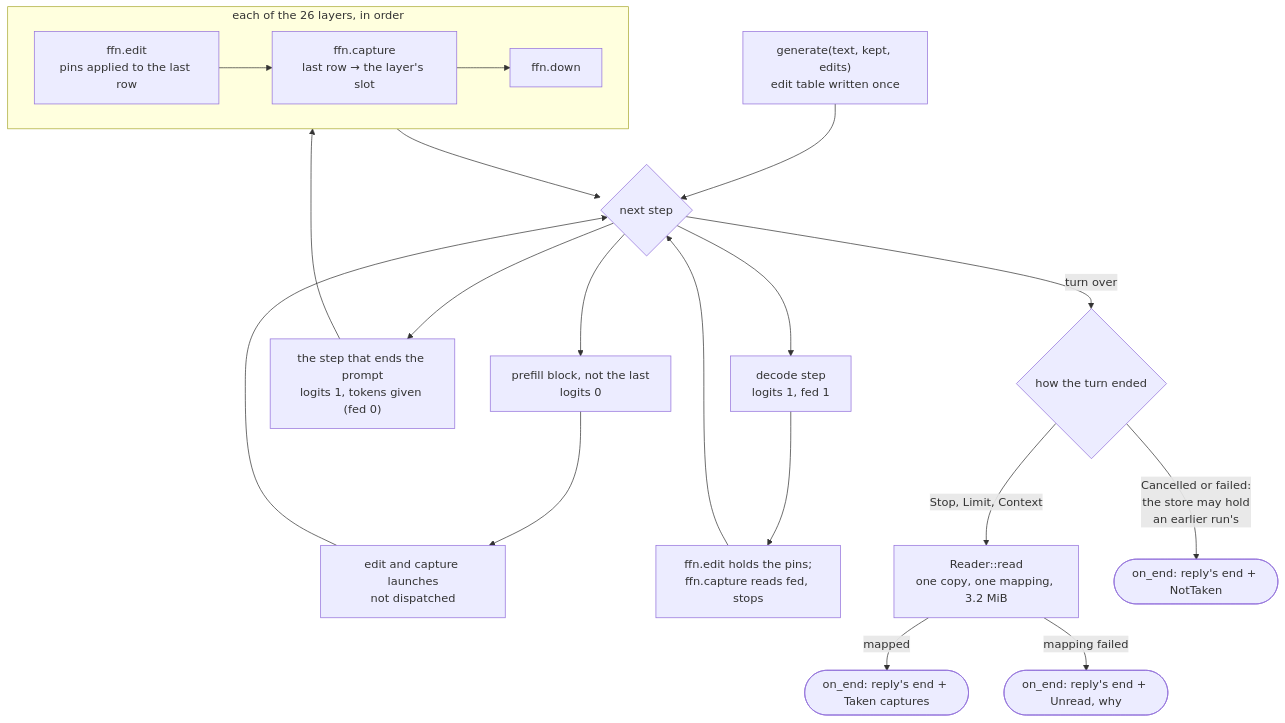
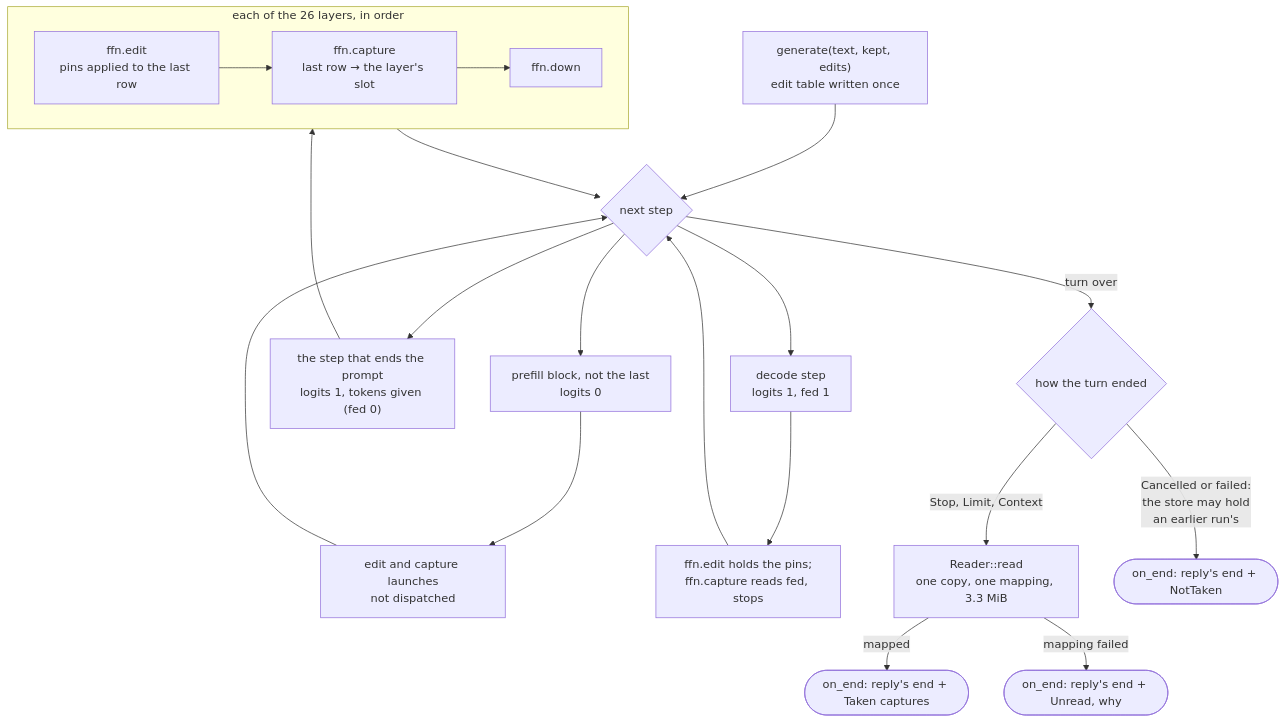
Before and after one commit to plainsight-systems/frizzle: the fifth of 7 diagrams in docs/architecture/logical-overview.md, drawn with Mermaid. The commit also changed other lines of this file and 18 other files, not shown here.

````diff
--- a/docs/architecture/logical-overview.md
+++ b/docs/architecture/logical-overview.md
@@ -194,31 +200,31 @@
 ```mermaid
 flowchart TD
   G["generate(text, kept, edits)<br/>edit table written once"]
   P{"next step"}
   PF["prefill block, not the last<br/>logits 0"]
   PE["the step that ends the prompt<br/>logits 1, tokens given (fed 0)"]
   DE["decode step<br/>logits 1, fed 1"]
   SKIP["edit and capture launches<br/>not dispatched"]
   subgraph L["each of the 26 layers, in order"]
     E["ffn.edit<br/>pins applied to the last row"]
     C["ffn.capture<br/>last row → the layer's slot"]
     D["ffn.down"]
     E --> C --> D
   end
   EXIT["ffn.edit holds the pins;<br/>ffn.capture reads fed, stops"]
   END{"how the turn ended"}
-  READ["Reader::read<br/>one copy, one mapping, 3.2 MiB"]
+  READ["Reader::read<br/>one copy, one mapping, 3.3 MiB"]
   T(["on_end: reply's end + Taken captures"])
   N(["on_end: reply's end + NotTaken"])
   U(["on_end: reply's end + Unread, why"])
 
   G --> P
   P --> PF --> SKIP --> P
   P --> PE --> L --> P
   P --> DE --> EXIT --> P
   P -->|"turn over"| END
   END -->|"Stop, Limit, Context"| READ
   END -->|"Cancelled or failed:<br/>the store may hold<br/>an earlier run's"| N
   READ -->|"mapped"| T
   READ -->|"mapping failed"| U
 ```
````
